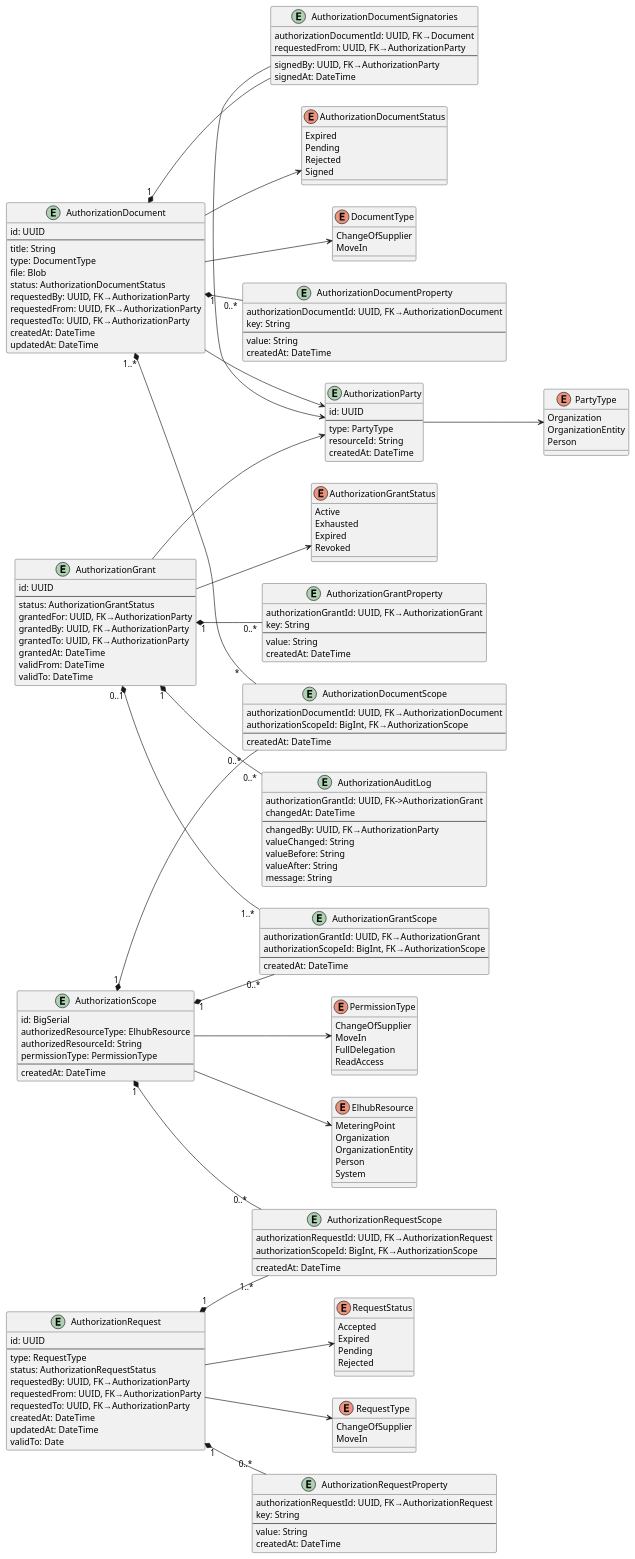
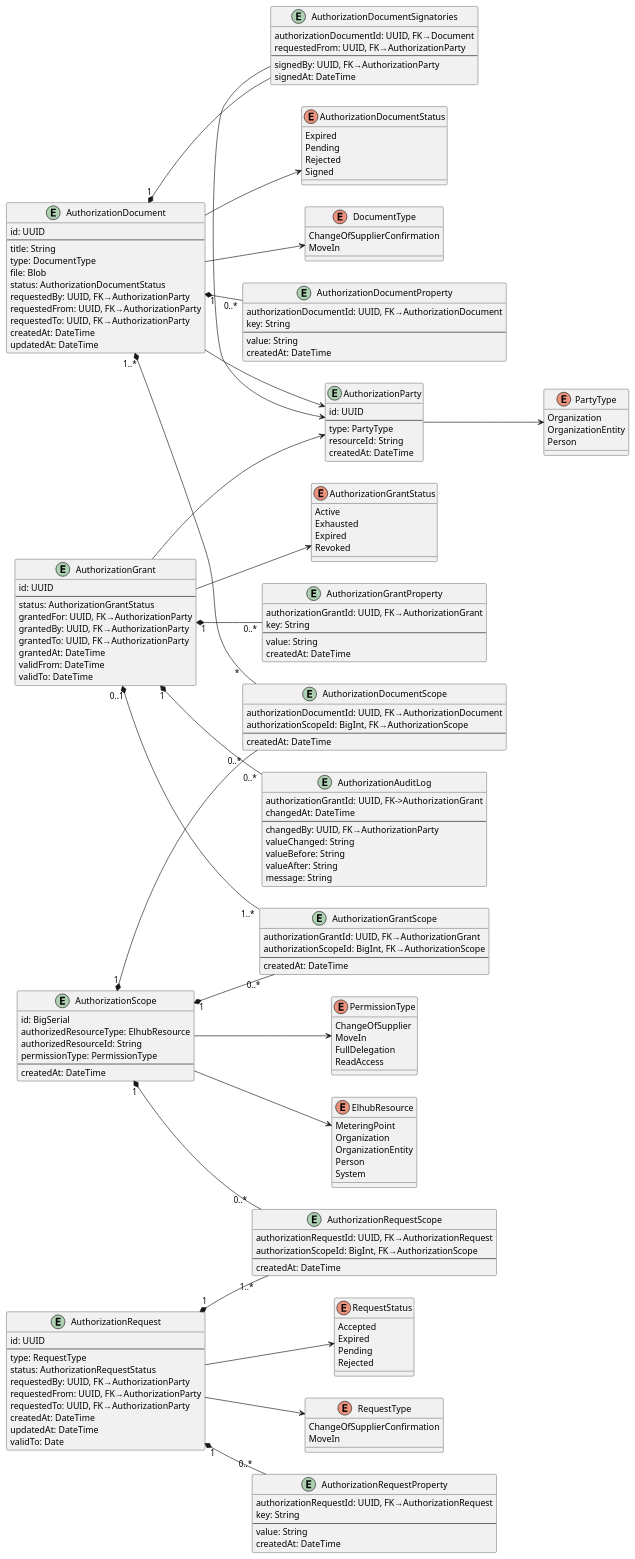
The diagram in docs/assets/datamodel.plantuml (elhub/auth-grant-manager), drawn with PlantUML before and after one commit.

```diff
--- a/docs/assets/datamodel.plantuml
+++ b/docs/assets/datamodel.plantuml
@@ -49,12 +49,12 @@
 }
 
 enum DocumentType {
-  ChangeOfSupplier
+  ChangeOfSupplierConfirmation
   MoveIn
 }
 
 enum RequestType {
-  ChangeOfSupplier
+  ChangeOfSupplierConfirmation
   MoveIn
 }
 
```
